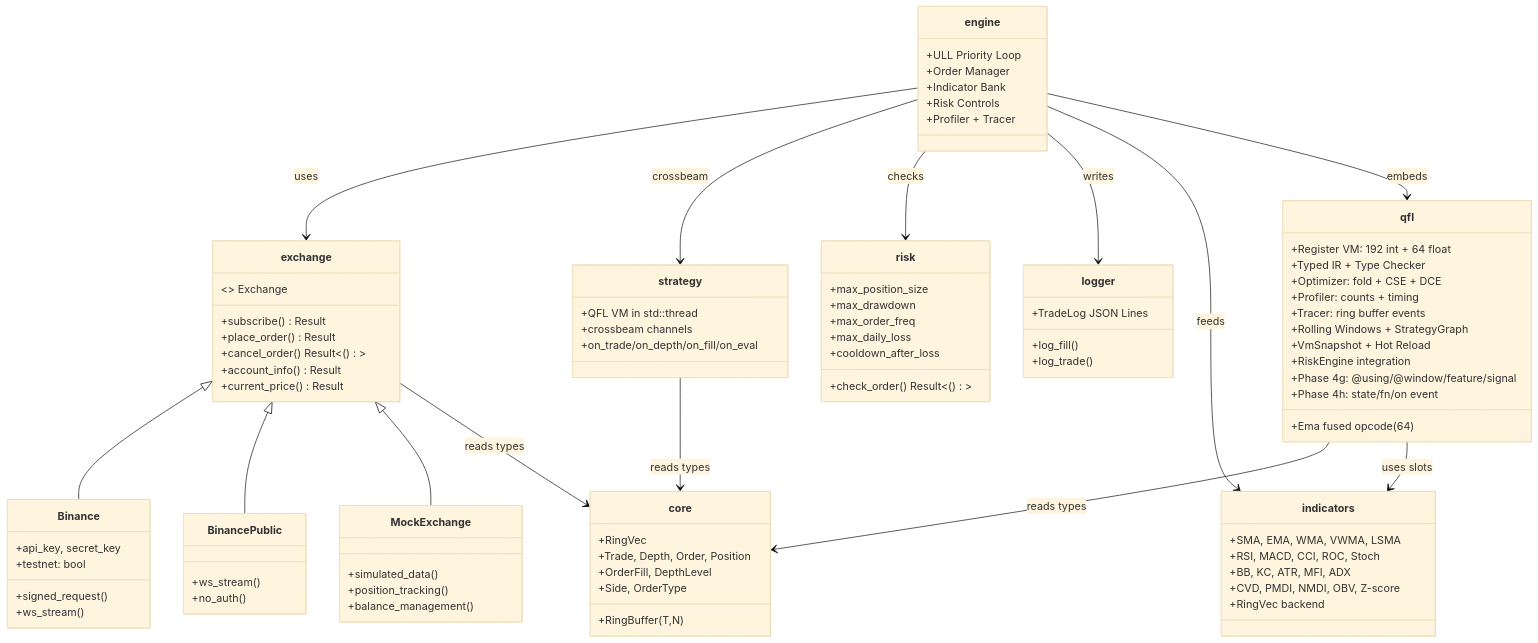
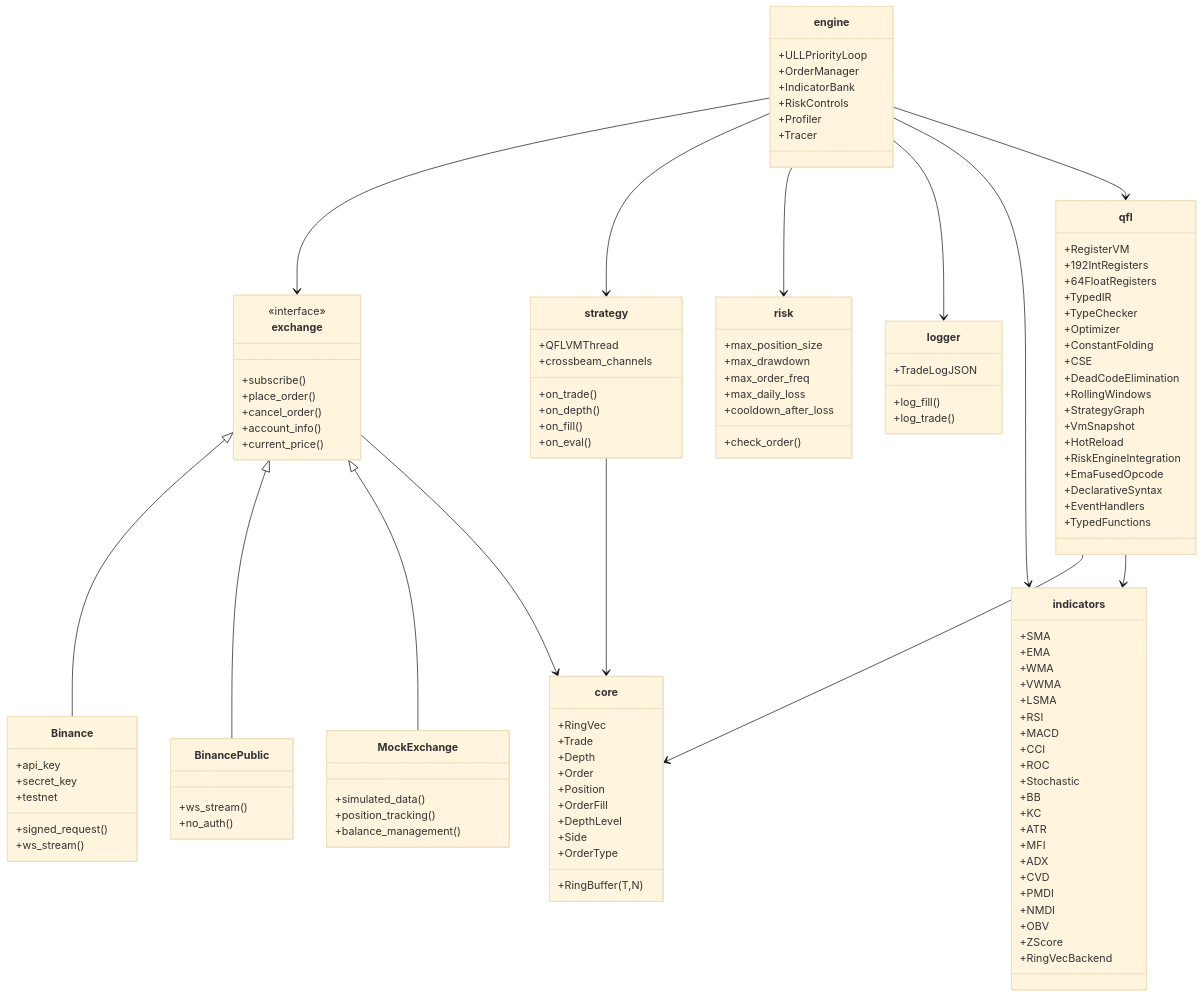
Before and after one commit to 0xitsss/quince: the third of 5 diagrams in README.md, drawn with Mermaid (base theme). The commit also changed other lines of this file and 3 other files, not shown here.

First line of the commit message:
v0.4.5: CFG Simplification pass, Ldi64 constant folding, emit_ldi_value helper

````diff
--- a/README.md
+++ b/README.md
@@ -141,90 +231,135 @@
     class core {
         +RingBuffer(T,N)
         +RingVec
-        +Trade, Depth, Order, Position
-        +OrderFill, DepthLevel
-        +Side, OrderType
+        +Trade
+        +Depth
+        +Order
+        +Position
+        +OrderFill
+        +DepthLevel
+        +Side
+        +OrderType
     }
+
     class exchange {
-        <<interface>> Exchange
-        +subscribe() Result<Stream>
-        +place_order() Result<String>
-        +cancel_order() Result<()>
-        +account_info() Result<AccountInfo>
-        +current_price() Result<f64>
+        <<interface>>
+        +subscribe()
+        +place_order()
+        +cancel_order()
+        +account_info()
+        +current_price()
     }
+
     class Binance {
-        +api_key, secret_key
-        +testnet: bool
+        +api_key
+        +secret_key
+        +testnet
         +signed_request()
         +ws_stream()
     }
+
     class BinancePublic {
         +ws_stream()
         +no_auth()
     }
+
     class MockExchange {
         +simulated_data()
         +position_tracking()
         +balance_management()
     }
+
     class strategy {
-        +QFL VM in std::thread
-        +crossbeam channels
-        +on_trade/on_depth/on_fill/on_eval
+        +QFLVMThread
+        +crossbeam_channels
+        +on_trade()
+        +on_depth()
+        +on_fill()
+        +on_eval()
     }
+
     class engine {
-        +ULL Priority Loop
-        +Order Manager
-        +Indicator Bank
-        +Risk Controls
-        +Profiler + Tracer
+        +ULLPriorityLoop
+        +OrderManager
+        +IndicatorBank
+        +RiskControls
+        +Profiler
+        +Tracer
     }
+
     class risk {
         +max_position_size
         +max_drawdown
         +max_order_freq
         +max_daily_loss
         +cooldown_after_loss
-        +check_order() Result<()>
+        +check_order()
     }
+
     class logger {
-        +TradeLog JSON Lines
+        +TradeLogJSON
         +log_fill()
         +log_trade()
     }
+
     class indicators {
-        +SMA, EMA, WMA, VWMA, LSMA
-        +RSI, MACD, CCI, ROC, Stoch
-        +BB, KC, ATR, MFI, ADX
-        +CVD, PMDI, NMDI, OBV, Z-score
-        +RingVec backend
+        +SMA
+        +EMA
+        +WMA
+        +VWMA
+        +LSMA
+        +RSI
+        +MACD
+        +CCI
+        +ROC
+        +Stochastic
+        +BB
+        +KC
+        +ATR
+        +MFI
+        +ADX
+        +CVD
+        +PMDI
+        +NMDI
+        +OBV
+        +ZScore
+        +RingVecBackend
     }
+
     class qfl {
-        +Register VM: 192 int + 64 float
-        +Typed IR + Type Checker
-        +Optimizer: fold + CSE + DCE
-        +Profiler: counts + timing
-        +Tracer: ring buffer events
-        +Rolling Windows + StrategyGraph
-        +VmSnapshot + Hot Reload
-        +RiskEngine integration
-        +Ema fused opcode (64)
-        +Phase 4g: @using/@window/feature/signal
-        +Phase 4h: state/fn/on event
+        +RegisterVM
+        +192IntRegisters
+        +64FloatRegisters
+        +TypedIR
+        +TypeChecker
+        +Optimizer
+        +ConstantFolding
+        +CSE
+        +DeadCodeElimination
+        +RollingWindows
+        +StrategyGraph
+        +VmSnapshot
+        +HotReload
+        +RiskEngineIntegration
+        +EmaFusedOpcode
+        +DeclarativeSyntax
+        +EventHandlers
+        +TypedFunctions
     }
 
     exchange <|-- Binance
     exchange <|-- BinancePublic
     exchange <|-- MockExchange
-    engine --> exchange : uses
-    engine --> strategy : crossbeam
-    engine --> risk : checks
-    engine --> logger : writes
-    engine --> indicators : feeds
-    engine --> qfl : embeds
-    strategy --> core : reads types
-    exchange --> core : reads types
-    qfl --> core : reads types
-    qfl --> indicators : uses slots
+
+    engine --> exchange
+    engine --> strategy
+    engine --> risk
+    engine --> logger
+    engine --> indicators
+    engine --> qfl
+
+    strategy --> core
+    exchange --> core
+    qfl --> core
+    qfl --> indicators
 ```
````
